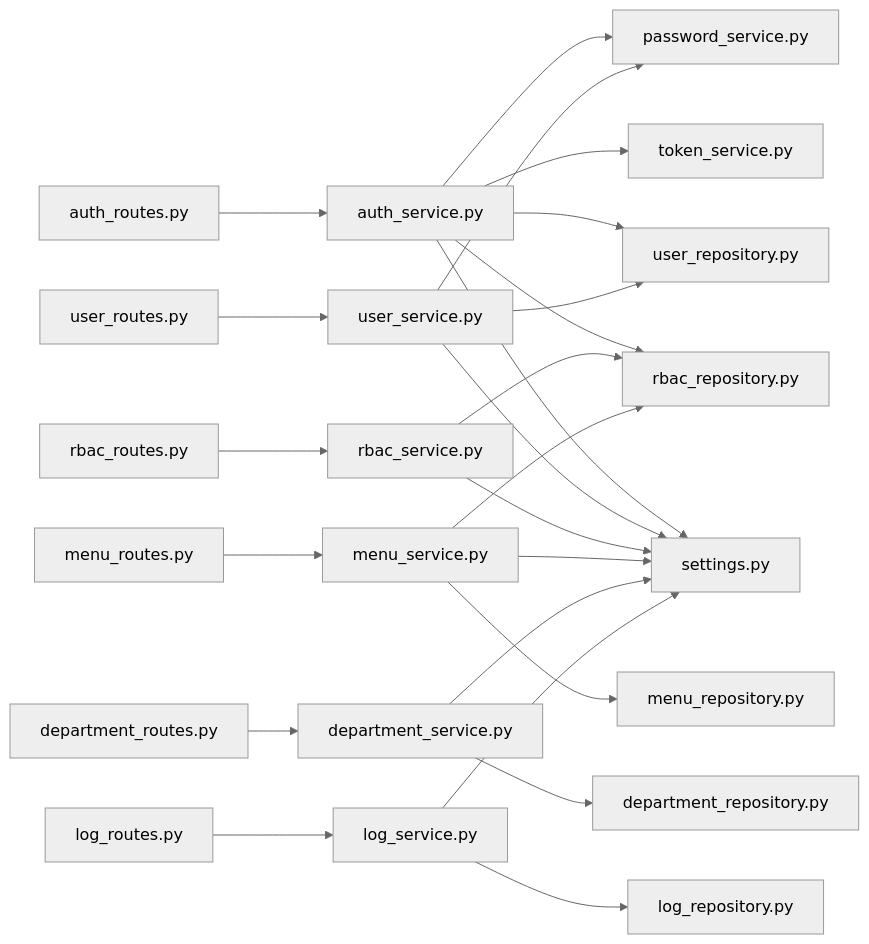
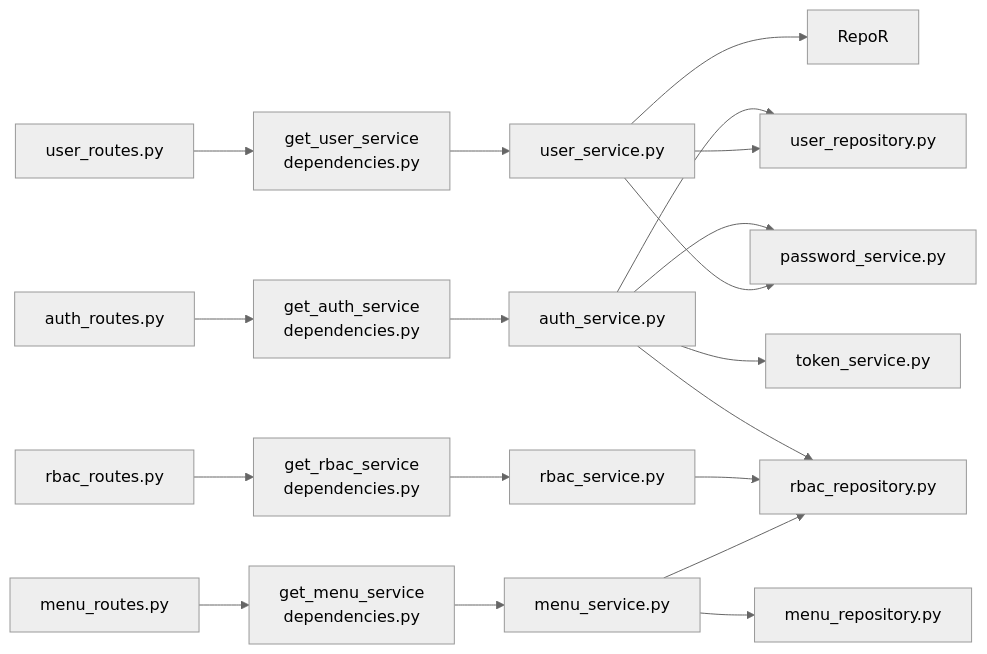
One commit to taoweidong/Hello-FastApi changed the seventh of 7 diagrams in .qoder/repowiki/zh/content/后端架构设计/DDD 分层架构详解/应用层（Services）.md. Above: the diagram before and after it, drawn with Mermaid (neutral theme). The commit also changed other lines of this file and 18 other files, not shown here.

````diff
--- a/.qoder/repowiki/zh/content/后端架构设计/DDD 分层架构详解/应用层（Services）.md
+++ b/.qoder/repowiki/zh/content/后端架构设计/DDD 分层架构详解/应用层（Services）.md
@@ -434,26 +535,21 @@
 ```mermaid
 graph LR
-AuthRoutes["auth_routes.py"] --> AuthSvc["auth_service.py"]
-UserRoutes["user_routes.py"] --> UserSvc["user_service.py"]
-RbacRoutes["rbac_routes.py"] --> RbacSvc["rbac_service.py"]
-MenuRoutes["menu_routes.py"] --> MenuSvc["menu_service.py"]
-DeptRoutes["department_routes.py"] --> DeptSvc["department_service.py"]
-LogRoutes["log_routes.py"] --> LogSvc["log_service.py"]
+AuthRoutes["auth_routes.py"] --> AuthFactory["get_auth_service<br/>dependencies.py"]
+UserRoutes["user_routes.py"] --> UserFactory["get_user_service<br/>dependencies.py"]
+RbacRoutes["rbac_routes.py"] --> RbacFactory["get_rbac_service<br/>dependencies.py"]
+MenuRoutes["menu_routes.py"] --> MenuFactory["get_menu_service<br/>dependencies.py"]
+AuthFactory --> AuthSvc["auth_service.py"]
+UserFactory --> UserSvc["user_service.py"]
+RbacFactory --> RbacSvc["rbac_service.py"]
+MenuFactory --> MenuSvc["menu_service.py"]
 AuthSvc --> Pass["password_service.py"]
 AuthSvc --> Token["token_service.py"]
 AuthSvc --> RepoU["user_repository.py"]
 AuthSvc --> RepoRP["rbac_repository.py"]
 UserSvc --> Pass
 UserSvc --> RepoU
+UserSvc --> RepoR
 RbacSvc --> RepoRP
 MenuSvc --> RepoMenu["menu_repository.py"]
 MenuSvc --> RepoRP
-DeptSvc --> RepoDept["department_repository.py"]
-LogSvc --> RepoLog["log_repository.py"]
-AuthSvc --> Cfg["settings.py"]
-UserSvc --> Cfg
-RbacSvc --> Cfg
-MenuSvc --> Cfg
-DeptSvc --> Cfg
-LogSvc --> Cfg
 ```
````
